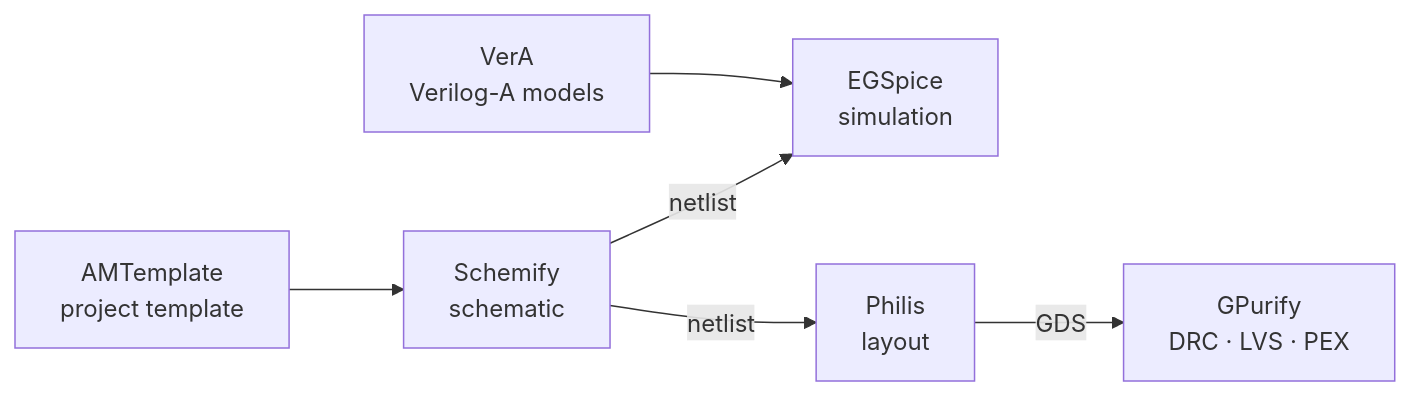
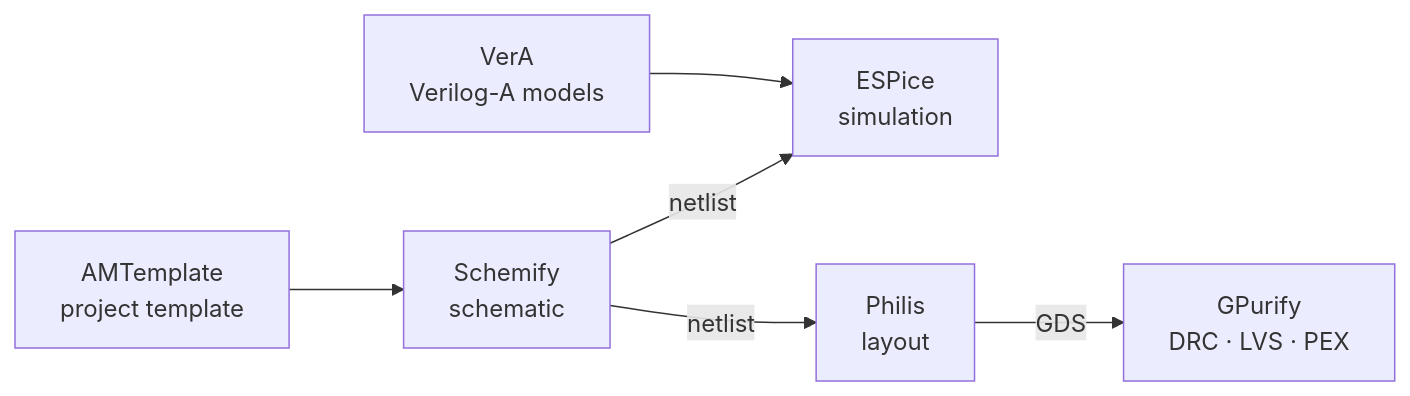
The diagram in profile/README.md (OpenFAT/.github), drawn with Mermaid before and after one commit. The commit also changed other lines of this file and 3 other files, not shown here.

Commit message:
status: EGSpice is ESPice now

````diff
--- a/profile/README.md
+++ b/profile/README.md
@@ -11,8 +11,8 @@
 ```mermaid
 flowchart LR
   T["AMTemplate<br/>project template"] --> S["Schemify<br/>schematic"]
-  S -->|netlist| E["EGSpice<br/>simulation"]
+  S -->|netlist| E["ESPice<br/>simulation"]
   V["VerA<br/>Verilog-A models"] --> E
   S -->|netlist| P["Philis<br/>layout"]
   P -->|GDS| G["GPurify<br/>DRC · LVS · PEX"]
 ```
````
